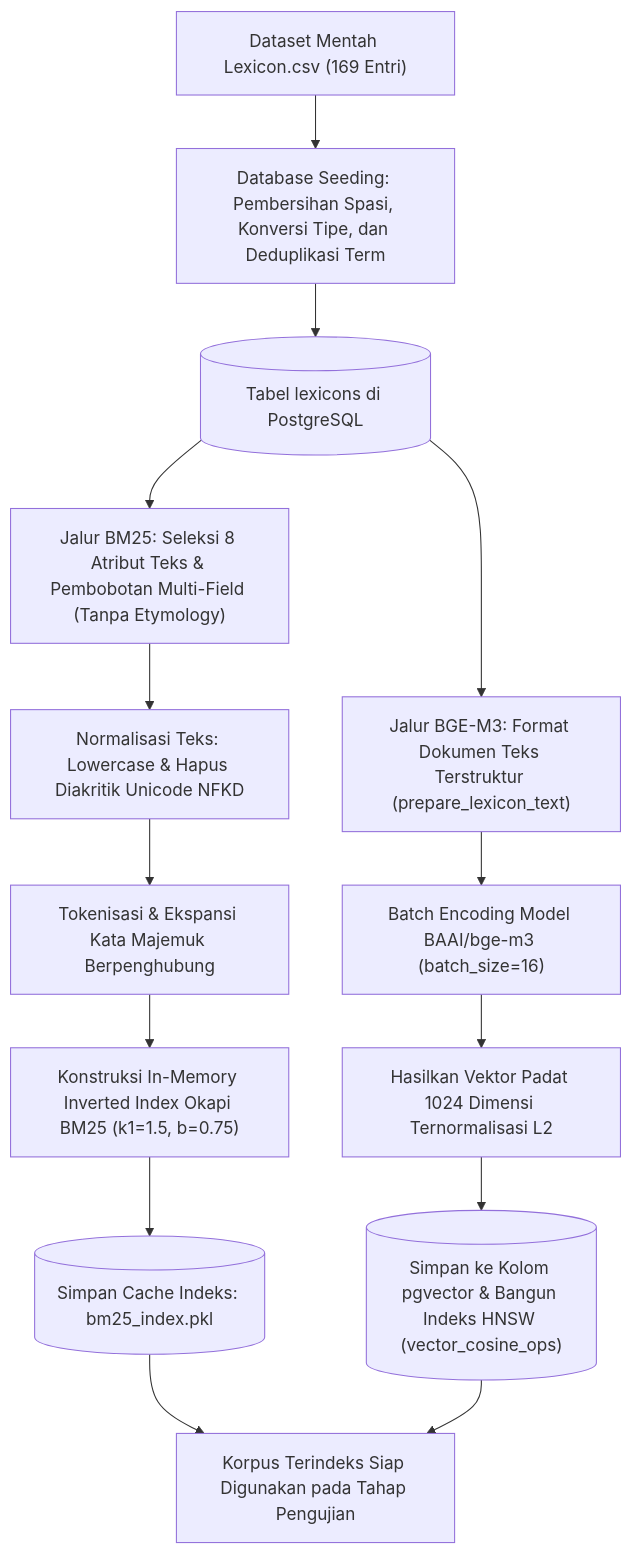
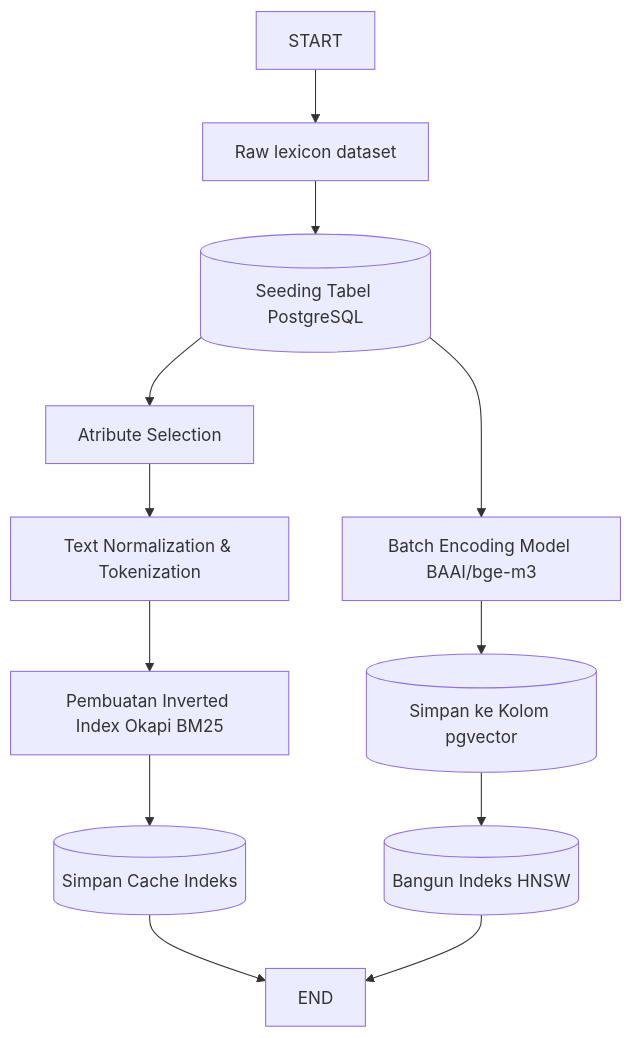
One commit to cakrasyafiq/Search-Engine-Brawijaya-Corpora-Project changed the second of 3 diagrams in Documents/Skripsi/BAB_3/3_4 Tahapan Penelitian.md. Above: the diagram before and after it, drawn with Mermaid. The commit also changed other lines of this file, not shown here.

Commit message:
bab3 changes

````diff
--- a/Documents/Skripsi/BAB_3/3_4 Tahapan Penelitian.md
+++ b/Documents/Skripsi/BAB_3/3_4 Tahapan Penelitian.md
@@ -46,23 +46,20 @@
 ```mermaid
 ---
 config:
   look: classic
 ---
 flowchart TD
-    A["Dataset Mentah Lexicon.csv (169 Entri)"] --> B["Database Seeding: Pembersihan Spasi, Konversi Tipe, dan Deduplikasi Term"]
-    B --> C[("Tabel lexicons di PostgreSQL")]
+    A["START"] --> B["Raw lexicon dataset"]
+    B --> C[("Seeding Tabel PostgreSQL")]
 
-    C --> D1["Jalur BM25: Seleksi 8 Atribut Teks & Pembobotan Multi-Field (Tanpa Etymology)"]
-    D1 --> D2["Normalisasi Teks: Lowercase & Hapus Diakritik Unicode NFKD"]
-    D2 --> D3["Tokenisasi & Ekspansi Kata Majemuk Berpenghubung"]
-    D3 --> D4["Konstruksi In-Memory Inverted Index Okapi BM25 (k1=1.5, b=0.75)"]
-    D4 --> D5[("Simpan Cache Indeks: bm25_index.pkl")]
+    C --> D1["Atribute Selection"]
+    D1 --> D2["Text Normalization & Tokenization"]
+    D2 --> D3["Pembuatan Inverted Index Okapi BM25"]
+    D3 --> D4[("Simpan Cache Indeks")]
+    D4 --> F["END"]
 
-    C --> E1["Jalur BGE-M3: Format Dokumen Teks Terstruktur (prepare_lexicon_text)"]
-    E1 --> E2["Batch Encoding Model BAAI/bge-m3 (batch_size=16)"]
-    E2 --> E3["Hasilkan Vektor Padat 1024 Dimensi Ternormalisasi L2"]
-    E3 --> E4[("Simpan ke Kolom pgvector & Bangun Indeks HNSW (vector_cosine_ops)")]
-
-    D5 --> F["Korpus Terindeks Siap Digunakan pada Tahap Pengujian"]
-    E4 --> F
+    C --> E1["Batch Encoding Model BAAI/bge-m3"]
+    E1 --> E2[("Simpan ke Kolom pgvector")]
+    E2 --> E3[("Bangun Indeks HNSW")]
+    E3 --> F
 ```
````
